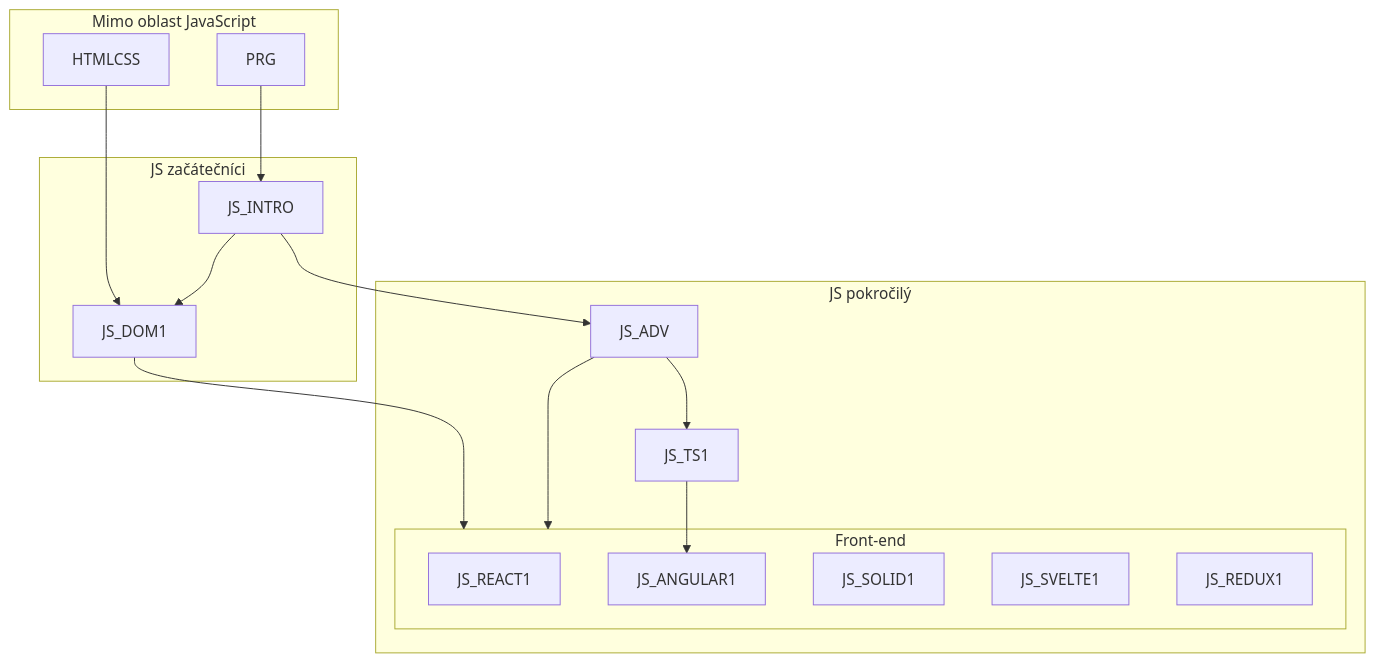
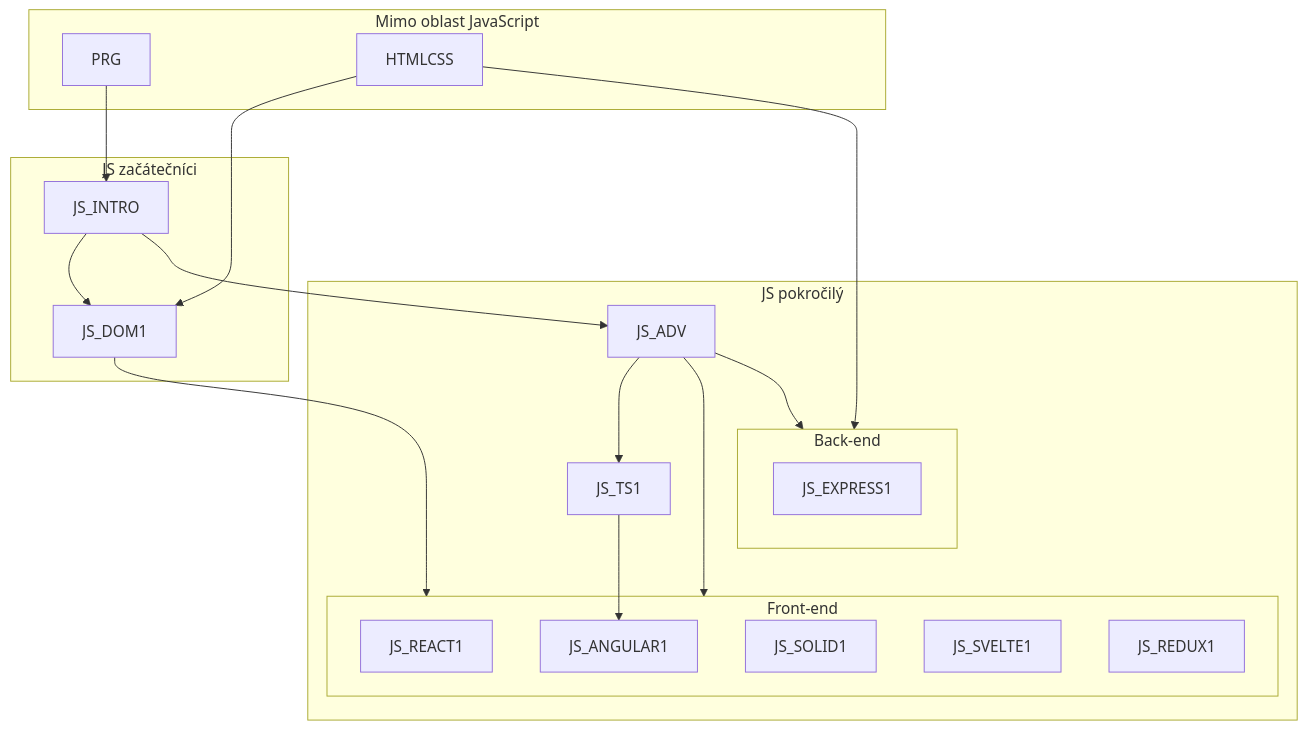
The diagram in map.md (mbradic/gopas-osnovy), drawn with Mermaid before and after one commit. The commit also changed 1 other file, not shown here.

Commit message:
Upravena anotace pro JS_EXPRESS1 a kurz přidán do mapy

````diff
--- a/map.md
+++ b/map.md
@@ -3,30 +3,35 @@
 ```mermaid
 graph TD
     subgraph Mimo oblast JavaScript
         PRG
         HTMLCSS
     end
     subgraph JS začátečníci
         JS_INTRO
         JS_DOM1
     end
     subgraph JS pokročilý
         JS_ADV
         JS_TS1
         subgraph Front-end
             JS_REACT1
             JS_ANGULAR1
             JS_SOLID1
             JS_SVELTE1
             JS_REDUX1            
         end
+        subgraph Back-end
+            JS_EXPRESS1
+        end
     end
     PRG --> JS_INTRO
     HTMLCSS --> JS_DOM1
     JS_INTRO --> JS_DOM1
     JS_INTRO --> JS_ADV
     JS_DOM1 --> Front-end
     JS_ADV  --> Front-end
     JS_ADV --> JS_TS1
     JS_TS1 --> JS_ANGULAR1
+    HTMLCSS --> Back-end
+    JS_ADV  --> Back-end
 ```
````
